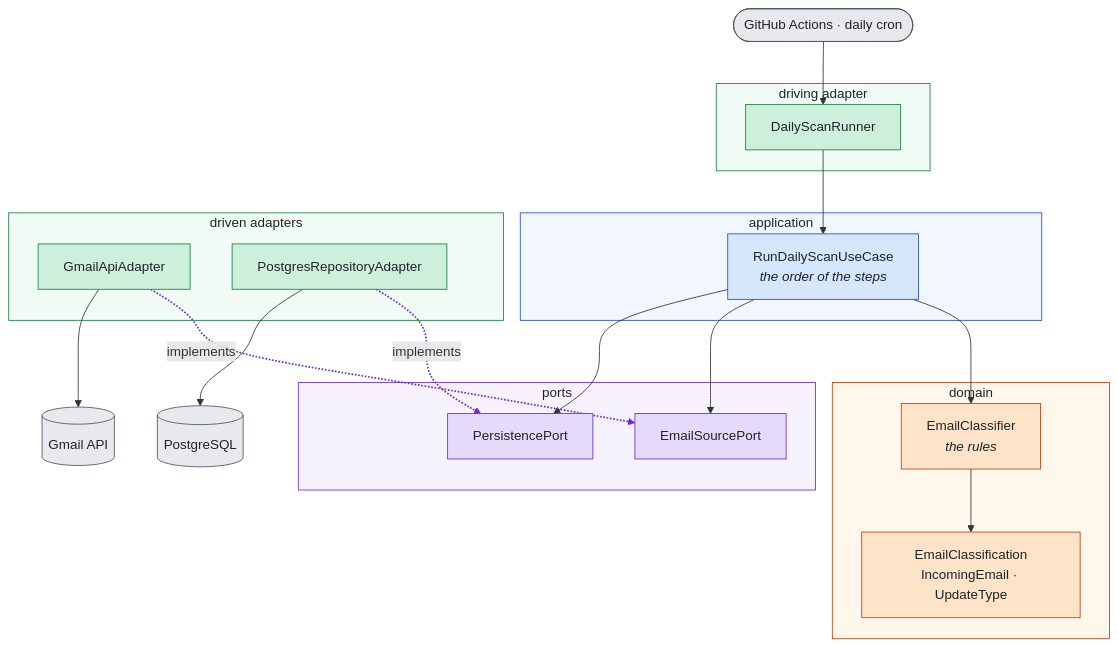
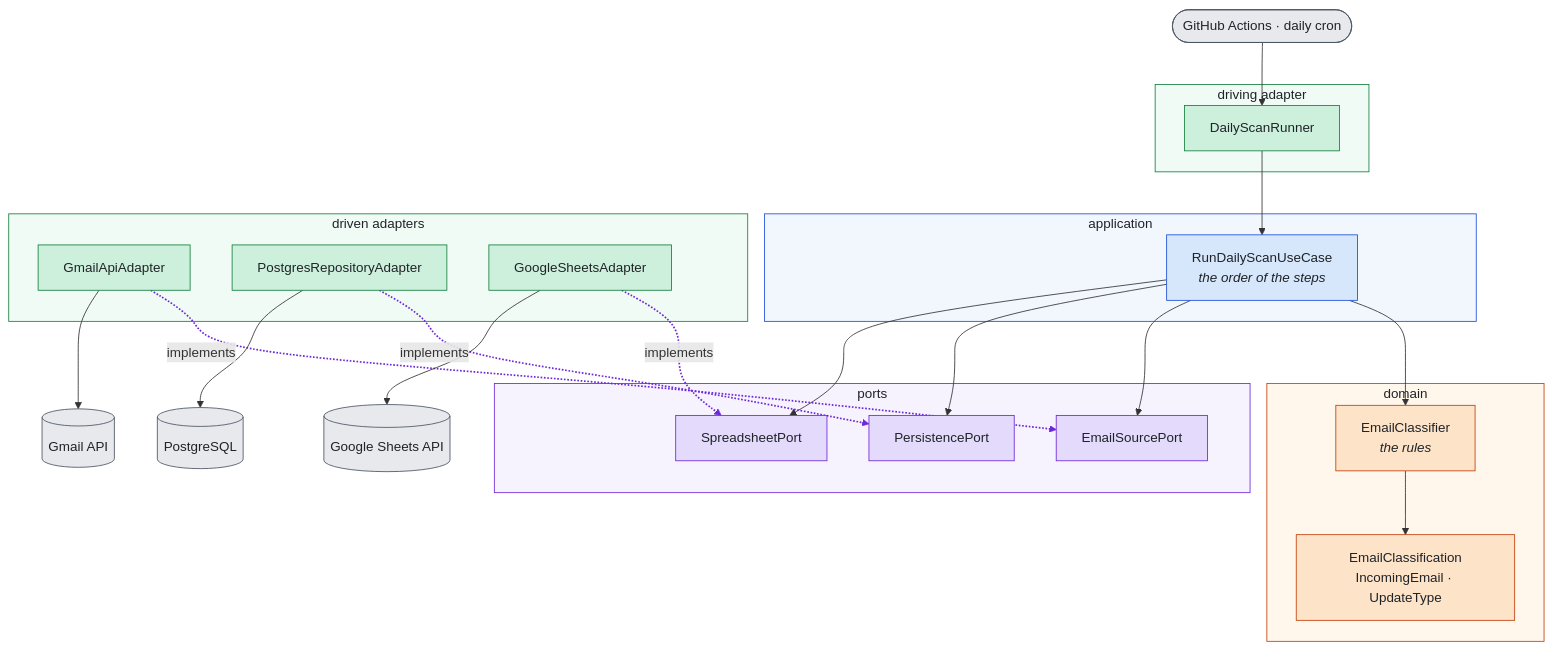
The diagram in README.md (nathan00pdl/job-application-email-tracker), drawn with Mermaid before and after one commit. The commit also changed other lines of this file, not shown here.

````diff
--- a/README.md
+++ b/README.md
@@ -9,55 +9,61 @@
 ```mermaid
 flowchart TB
     cron([GitHub Actions · daily cron]):::outside
 
     subgraph sgDriving["driving adapter"]
         runner["DailyScanRunner"]:::adapter
     end
 
     subgraph sgApp["application"]
         usecase["RunDailyScanUseCase<br/><i>the order of the steps</i>"]:::app
     end
 
     subgraph sgDomain["domain"]
         classifier["EmailClassifier<br/><i>the rules</i>"]:::domain
         model["EmailClassification<br/>IncomingEmail · UpdateType"]:::domain
     end
 
     subgraph sgPorts["ports"]
         source["EmailSourcePort"]:::port
         store["PersistencePort"]:::port
+        sheet["SpreadsheetPort"]:::port
     end
 
     subgraph sgDriven["driven adapters"]
         gmail["GmailApiAdapter"]:::adapter
         postgres["PostgresRepositoryAdapter"]:::adapter
+        sheets["GoogleSheetsAdapter"]:::adapter
     end
 
     gmailapi[(Gmail API)]:::outside
     db[(PostgreSQL)]:::outside
+    sheetsapi[(Google Sheets API)]:::outside
 
     cron --> runner
     runner --> usecase
     usecase --> classifier
     usecase --> source
     usecase --> store
+    usecase --> sheet
     classifier --> model
     gmail -. implements .-> source
     postgres -. implements .-> store
+    sheets -. implements .-> sheet
     gmail --> gmailapi
     postgres --> db
+    sheets --> sheetsapi
 
     classDef domain  fill:#FDE3C8,stroke:#C2410C,color:#1F2328
     classDef app     fill:#D6E6FB,stroke:#1D4ED8,color:#1F2328
     classDef port    fill:#E4DAFC,stroke:#6D28D9,color:#1F2328
     classDef adapter fill:#CDF0DC,stroke:#15803D,color:#1F2328
     classDef outside fill:#E7E9EC,stroke:#4B5563,color:#1F2328
 
     style sgDomain  fill:#FFF6EC,stroke:#C2410C,color:#1F2328
     style sgApp     fill:#F2F7FE,stroke:#1D4ED8,color:#1F2328
     style sgPorts   fill:#F6F2FE,stroke:#6D28D9,color:#1F2328
     style sgDriving fill:#F1FBF5,stroke:#15803D,color:#1F2328
     style sgDriven  fill:#F1FBF5,stroke:#15803D,color:#1F2328
 
-    linkStyle 6,7 stroke:#6D28D9,stroke-width:2px
+    linkStyle 7,8,9 stroke:#6D28D9,stroke-width:2px
 ```
````
